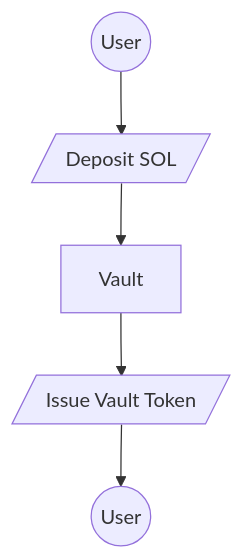
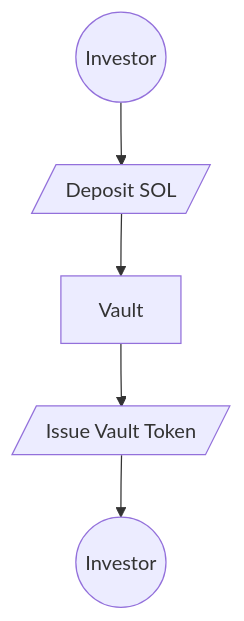
The fourth of 8 diagrams in docs/Architecture.md (n3m6/Q2_25_Builder_Faraz), drawn with Mermaid before and after one commit. The commit also changed other lines of this file, not shown here.

````diff
--- a/docs/Architecture.md
+++ b/docs/Architecture.md
@@ -76,7 +120,7 @@
 ```mermaid
 flowchart TD
-    A((User)) --> B[/Deposit SOL/]
+    A((Investor)) --> B[/Deposit SOL/]
     B --> C[Vault]
     C --> D[/Issue Vault Token/]
-    D --> E((User))
+    D --> E((Investor))
 ```
````
